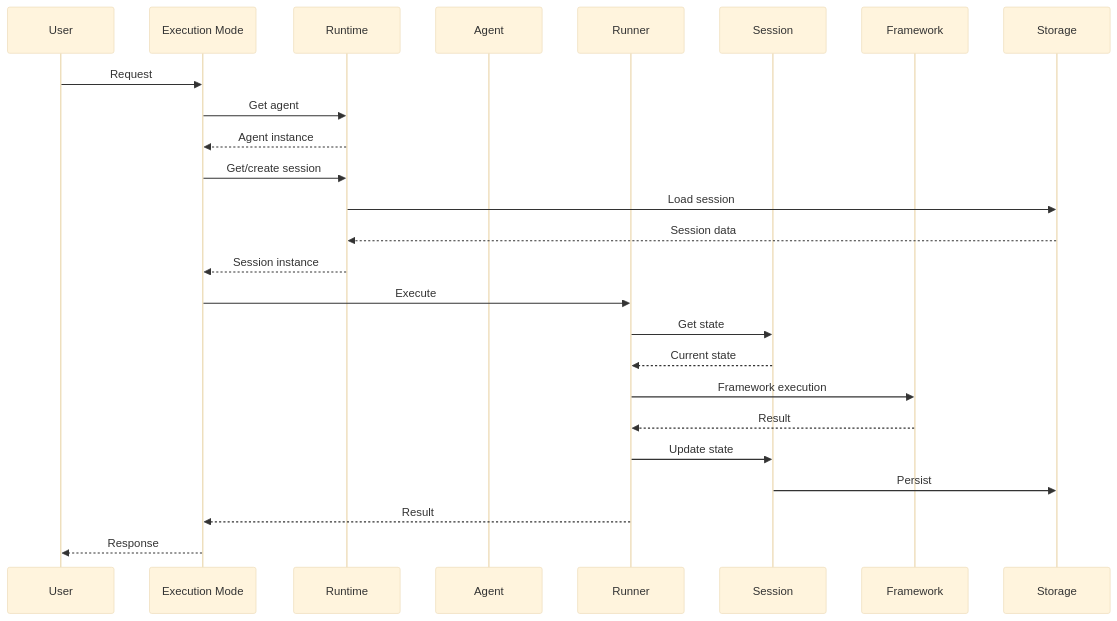
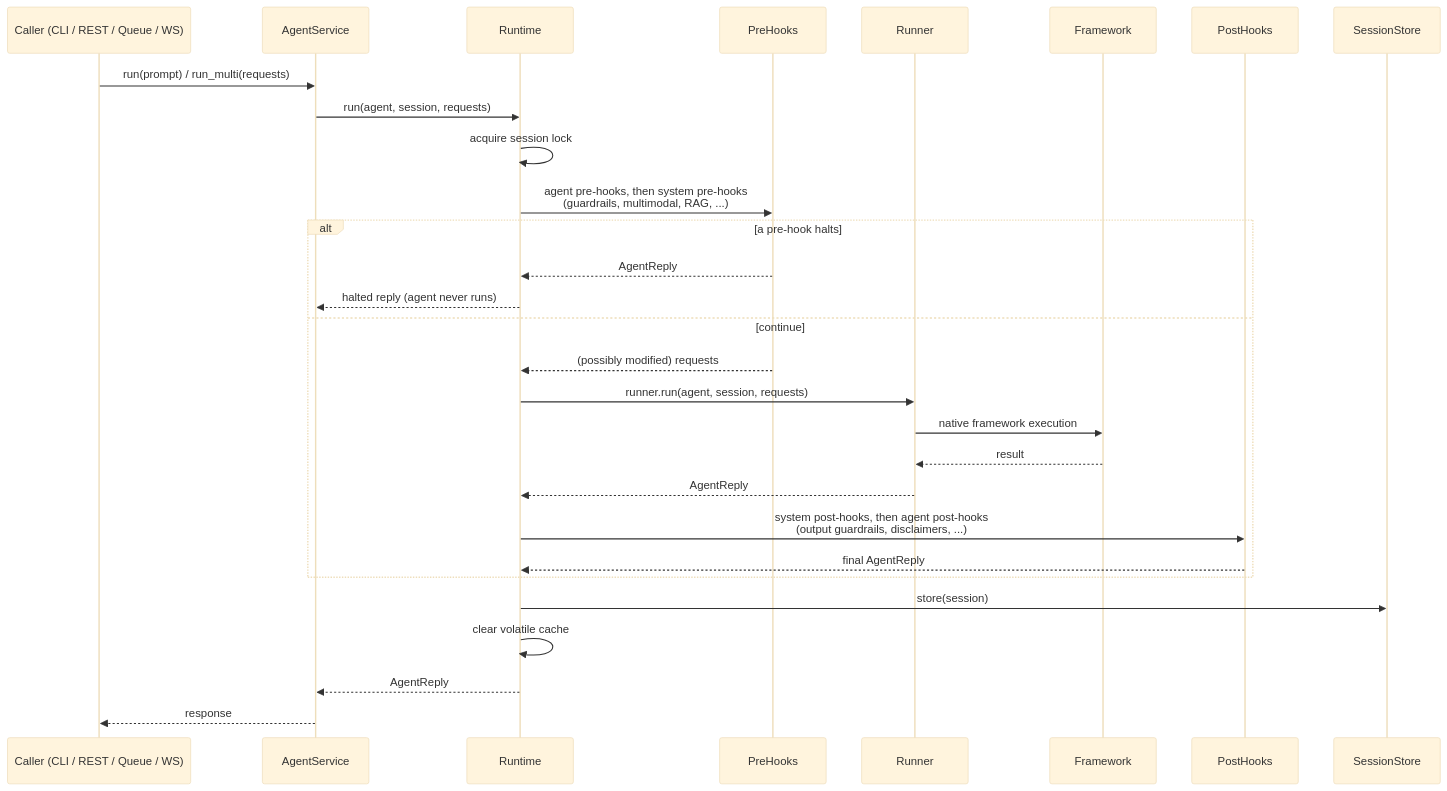
The second of 4 diagrams in docs/docs/architecture/overview.md (yaalalabs/agent-kernel), drawn with Mermaid (base theme) before and after one commit. The commit also changed other lines of this file and 41 other files, not shown here.

````diff
--- a/docs/docs/architecture/overview.md
+++ b/docs/docs/architecture/overview.md
@@ -120,28 +156,32 @@
 ```mermaid
 sequenceDiagram
-    participant U as User
-    participant E as Execution Mode
+    participant U as Caller (CLI / REST / Queue / WS)
+    participant SVC as AgentService
     participant R as Runtime
-    participant A as Agent
+    participant PH as PreHooks
     participant Run as Runner
-    participant S as Session
     participant F as Framework
-    participant Store as Storage
-    
-    U->>E: Request
-    E->>R: Get agent
-    R-->>E: Agent instance
-    E->>R: Get/create session
-    R->>Store: Load session
-    Store-->>R: Session data
-    R-->>E: Session instance
-    E->>Run: Execute
-    Run->>S: Get state
-    S-->>Run: Current state
-    Run->>F: Framework execution
-    F-->>Run: Result
-    Run->>S: Update state
-    S->>Store: Persist
-    Run-->>E: Result
-    E-->>U: Response
+    participant PoH as PostHooks
+    participant Store as SessionStore
+
+    U->>SVC: run(prompt) / run_multi(requests)
+    SVC->>R: run(agent, session, requests)
+    R->>R: acquire session lock
+    R->>PH: agent pre-hooks, then system pre-hooks<br/>(guardrails, multimodal, RAG, ...)
+    alt a pre-hook halts
+        PH-->>R: AgentReply
+        R-->>SVC: halted reply (agent never runs)
+    else continue
+        PH-->>R: (possibly modified) requests
+        R->>Run: runner.run(agent, session, requests)
+        Run->>F: native framework execution
+        F-->>Run: result
+        Run-->>R: AgentReply
+        R->>PoH: system post-hooks, then agent post-hooks<br/>(output guardrails, disclaimers, ...)
+        PoH-->>R: final AgentReply
+    end
+    R->>Store: store(session)
+    R->>R: clear volatile cache
+    R-->>SVC: AgentReply
+    SVC-->>U: response
 ```
````
